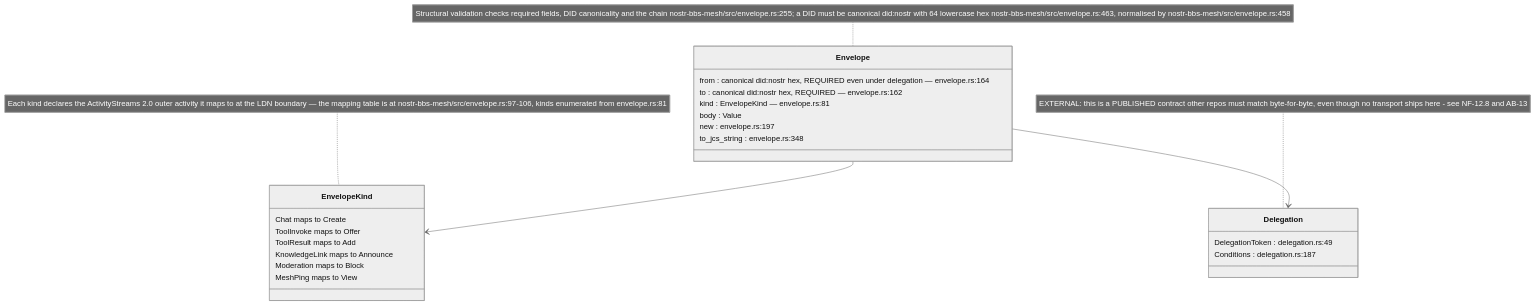
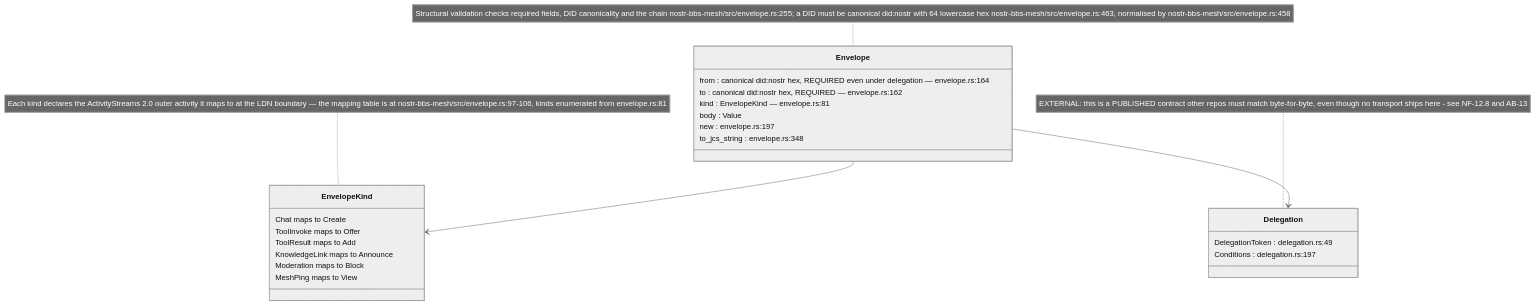
The seventh of 10 diagrams in docs/diagrams/nostr-rust-forum/12-core-wire-crypto-and-federation-envelope.md (DreamLab-AI/VisionFlow), drawn with Mermaid (neutral theme) before and after one commit. The commit also changed other lines of this file and 154 other files, not shown here.

First line of the commit message:
docs(diagrams): re-stamp 154 topics whose every citation still reads the same text at the current heads

````diff
--- a/docs/diagrams/nostr-rust-forum/12-core-wire-crypto-and-federation-envelope.md
+++ b/docs/diagrams/nostr-rust-forum/12-core-wire-crypto-and-federation-envelope.md
@@ -261,29 +261,29 @@
 ```mermaid
 classDiagram
     class Envelope {
         from : canonical did:nostr hex, REQUIRED even under delegation — envelope.rs:164
         to : canonical did:nostr hex, REQUIRED — envelope.rs:162
         kind : EnvelopeKind — envelope.rs:81
         body : Value
         new : envelope.rs:197
         to_jcs_string : envelope.rs:348
     }
     class EnvelopeKind {
         Chat maps to Create
         ToolInvoke maps to Offer
         ToolResult maps to Add
         KnowledgeLink maps to Announce
         Moderation maps to Block
         MeshPing maps to View
     }
     class Delegation {
         DelegationToken : delegation.rs:49
-        Conditions : delegation.rs:187
+        Conditions : delegation.rs:197
     }
     Envelope --> EnvelopeKind
     Envelope --> Delegation
 
     note for EnvelopeKind "Each kind declares the ActivityStreams 2.0 outer activity it maps to at the LDN boundary — the mapping table is at nostr-bbs-mesh/src/envelope.rs:97-106, kinds enumerated from envelope.rs:81"
     note for Envelope "Structural validation checks required fields, DID canonicality and the chain nostr-bbs-mesh/src/envelope.rs:255; a DID must be canonical did:nostr with 64 lowercase hex nostr-bbs-mesh/src/envelope.rs:463, normalised by nostr-bbs-mesh/src/envelope.rs:458"
     note for Delegation "EXTERNAL: this is a PUBLISHED contract other repos must match byte-for-byte, even though no transport ships here - see NF-12.8 and AB-13"
 ```
````
